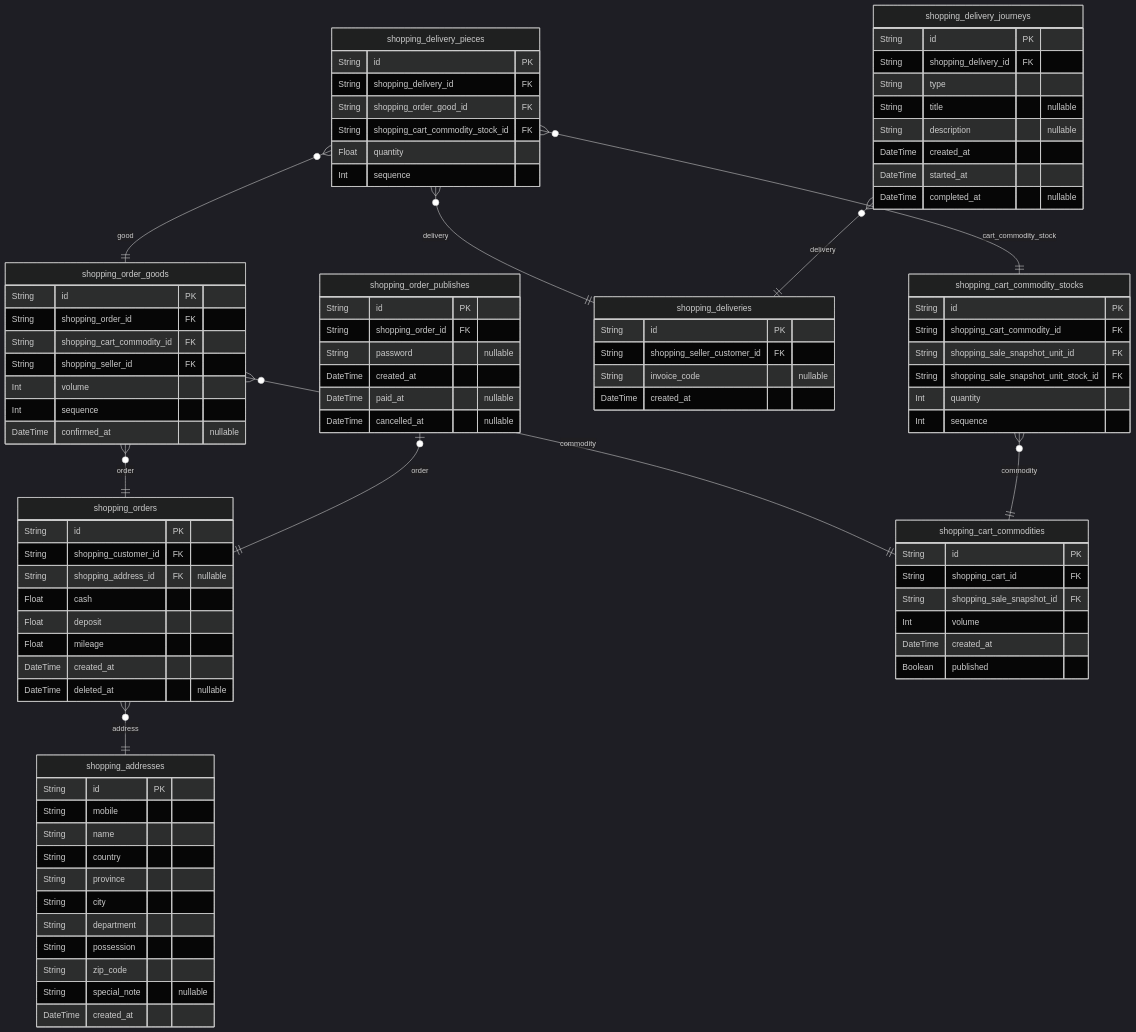
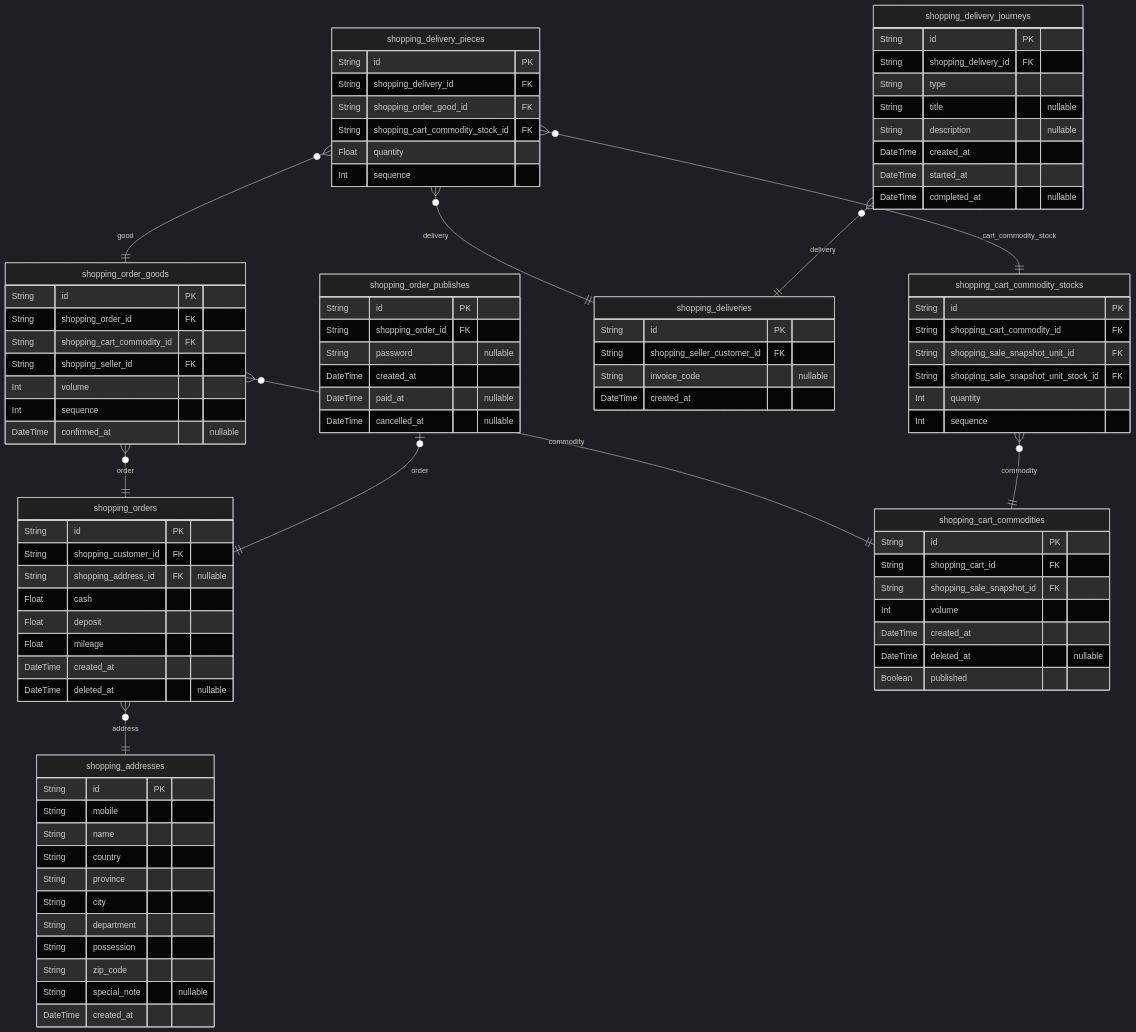
Before and after one commit to samchon/shopping-backend: the sixth of 11 diagrams in docs/ERD.md, drawn with Mermaid (dark theme). The commit also changed other lines of this file and 17 other files, not shown here.

```diff
--- a/docs/ERD.md
+++ b/docs/ERD.md
@@ -1486,6 +1488,7 @@
     String shopping_sale_snapshot_id FK
     Int volume
     DateTime created_at
+    DateTime deleted_at "nullable"
     Boolean published
 }
 "shopping_cart_commodity_stocks" {
```
